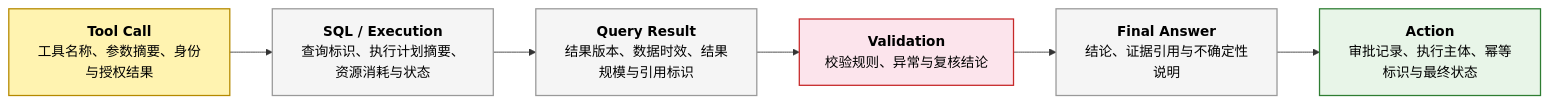
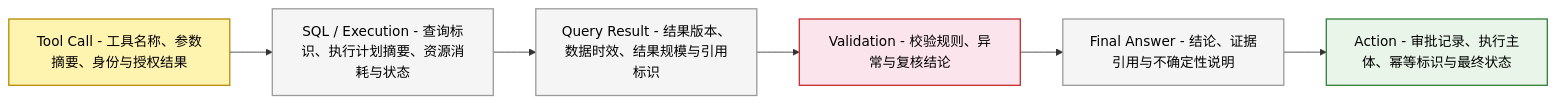
The fourth of 6 diagrams in source/_posts/bi-evolution-6-ai-native-restructure.md (BillZong/BillZong.github.io), drawn with Mermaid before and after one commit. The commit also changed other lines of this file and 1 other file, not shown here.

```diff
--- a/source/_posts/bi-evolution-6-ai-native-restructure.md
+++ b/source/_posts/bi-evolution-6-ai-native-restructure.md
@@ -385,15 +385,15 @@
 {% mermaid %}
 flowchart LR
     classDef entry fill:#fff3b0,stroke:#b58900,color:#000,stroke-width:1.5px
     classDef decision fill:#fce4ec,stroke:#c62828,color:#000,stroke-width:1.5px
     classDef exit fill:#e8f5e8,stroke:#2e7d32,color:#000,stroke-width:1.5px
     classDef normal fill:#f5f5f5,stroke:#999,color:#000,stroke-width:1.5px
 
-    E["<b>Tool Call</b><br/>工具名称、参数摘要、身份与授权结果"]:::entry
-    F["<b>SQL / Execution</b><br/>查询标识、执行计划摘要、资源消耗与状态"]:::normal
-    G["<b>Query Result</b><br/>结果版本、数据时效、结果规模与引用标识"]:::normal
-    H["<b>Validation</b><br/>校验规则、异常与复核结论"]:::decision
-    I["<b>Final Answer</b><br/>结论、证据引用与不确定性说明"]:::normal
-    J["<b>Action</b><br/>审批记录、执行主体、幂等标识与最终状态"]:::exit
+    E["Tool Call - 工具名称、参数摘要、身份与授权结果"]:::entry
+    F["SQL / Execution - 查询标识、执行计划摘要、资源消耗与状态"]:::normal
+    G["Query Result - 结果版本、数据时效、结果规模与引用标识"]:::normal
+    H["Validation - 校验规则、异常与复核结论"]:::decision
+    I["Final Answer - 结论、证据引用与不确定性说明"]:::normal
+    J["Action - 审批记录、执行主体、幂等标识与最终状态"]:::exit
     E --> F --> G --> H --> I --> J
 {% endmermaid %}
```
